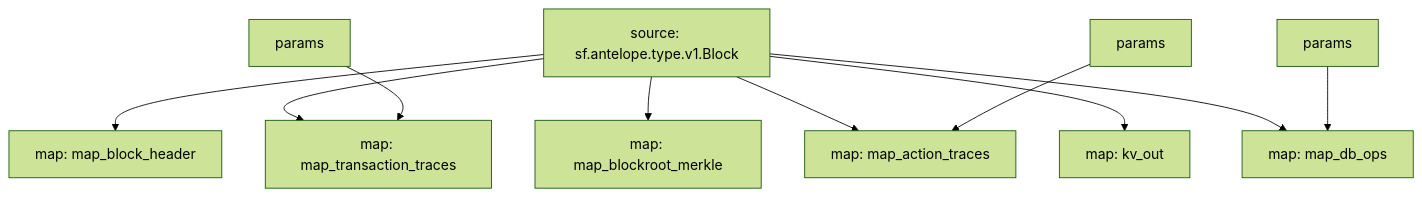
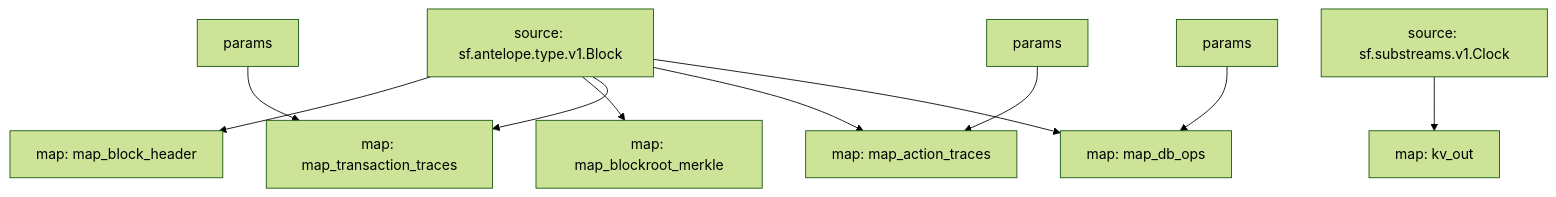
One commit to pinax-network/substreams changed the diagram in common/README.md. Above: the diagram before and after it, drawn with Mermaid (forest theme). The commit also changed other lines of this file and 11 other files, not shown here.

````diff
--- a/common/README.md
+++ b/common/README.md
@@ -36,18 +48,18 @@
 ```mermaid
 graph TD;
-  map_block_header[map: map_block_header];
-  sf.antelope.type.v1.Block[source: sf.antelope.type.v1.Block] --> map_block_header;
+  map_block_header[map: map_block_header];                                                                                                                    
+  sf.antelope.type.v1.Block[source: sf.antelope.type.v1.Block] --> map_block_header;                                                                          
   map_blockroot_merkle[map: map_blockroot_merkle];
   sf.antelope.type.v1.Block[source: sf.antelope.type.v1.Block] --> map_blockroot_merkle;
   map_transaction_traces[map: map_transaction_traces];
   map_transaction_traces:params[params] --> map_transaction_traces;
   sf.antelope.type.v1.Block[source: sf.antelope.type.v1.Block] --> map_transaction_traces;
   map_action_traces[map: map_action_traces];
   map_action_traces:params[params] --> map_action_traces;
   sf.antelope.type.v1.Block[source: sf.antelope.type.v1.Block] --> map_action_traces;
   map_db_ops[map: map_db_ops];
-  map_db_ops:params[params] --> map_db_ops;
+  map_db_ops:params[params] --> map_db_ops;                                  
   sf.antelope.type.v1.Block[source: sf.antelope.type.v1.Block] --> map_db_ops;
-  kv_out[map: kv_out];
-  sf.antelope.type.v1.Block[source: sf.antelope.type.v1.Block] --> kv_out;
+  kv_out[map: kv_out];        
+  sf.substreams.v1.Clock[source: sf.substreams.v1.Clock] --> kv_out;
 ```
````
